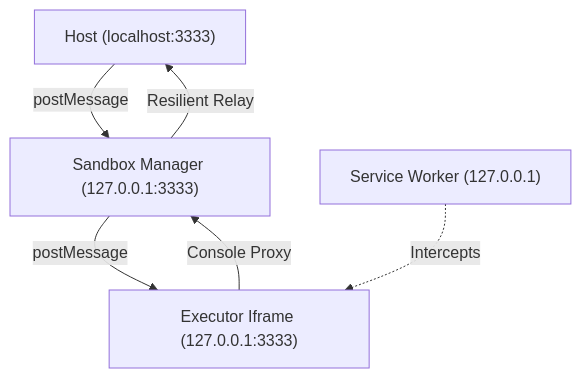
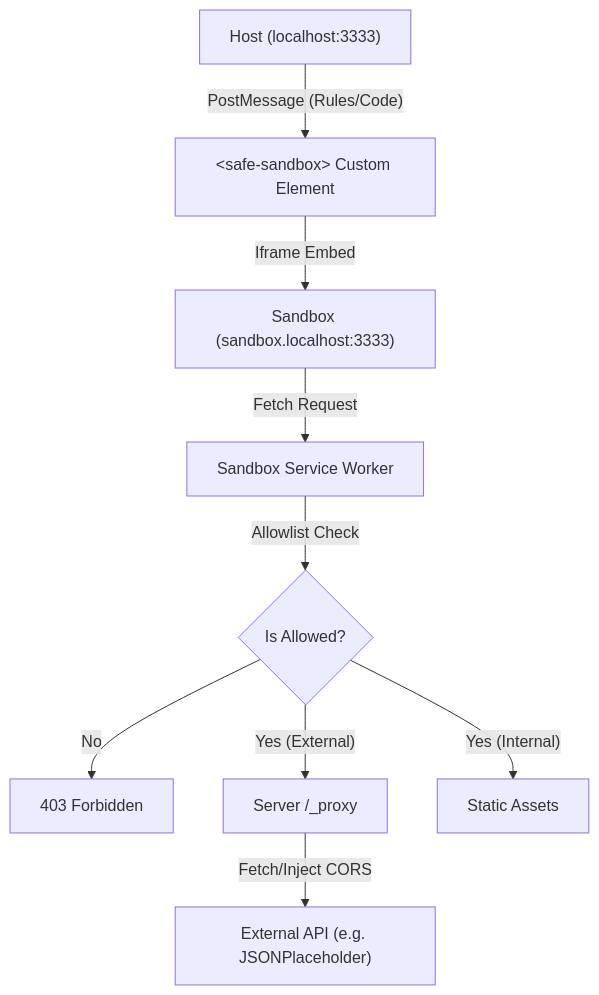
One commit to MentalGear/iframe-sandbox changed the diagram in readme.md. Above: the diagram before and after it, drawn with Mermaid. The commit also changed other lines of this file and 12 other files, not shown here.

````diff
--- a/readme.md
+++ b/readme.md
@@ -21,8 +16,11 @@
 ```mermaid
 graph TD
-    Host["Host (localhost:3333)"] --> |postMessage| Manager["Sandbox Manager (127.0.0.1:3333)"]
-    Manager --> |postMessage| Executor["Executor Iframe (127.0.0.1:3333)"]
-    Executor --> |Console Proxy| Manager
-    Manager --> |Resilient Relay| Host
-    SW["Service Worker (127.0.0.1)"] -.-> |Intercepts| Executor
+    Host["Host (localhost:3333)"] -- "PostMessage (Rules/Code)" --> Element["&lt;safe-sandbox&gt; Custom Element"]
+    Element -- "Iframe Embed" --> Sandbox["Sandbox (sandbox.localhost:3333)"]
+    Sandbox -- "Fetch Request" --> SW["Sandbox Service Worker"]
+    SW -- "Allowlist Check" --> Decision{"Is Allowed?"}
+    Decision -- "No" --> Block["403 Forbidden"]
+    Decision -- "Yes (External)" --> Proxy["Server /_proxy"]
+    Decision -- "Yes (Internal)" --> Assets["Static Assets"]
+    Proxy -- "Fetch/Inject CORS" --> API["External API (e.g. JSONPlaceholder)"]
 ```
````
